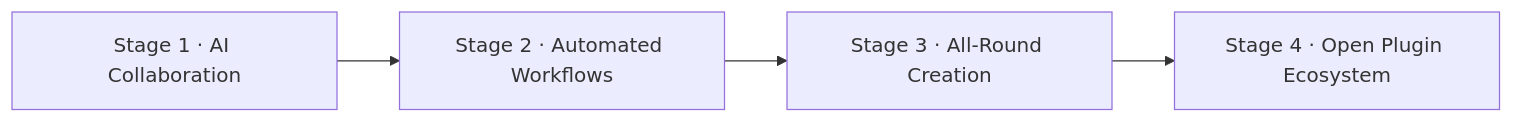
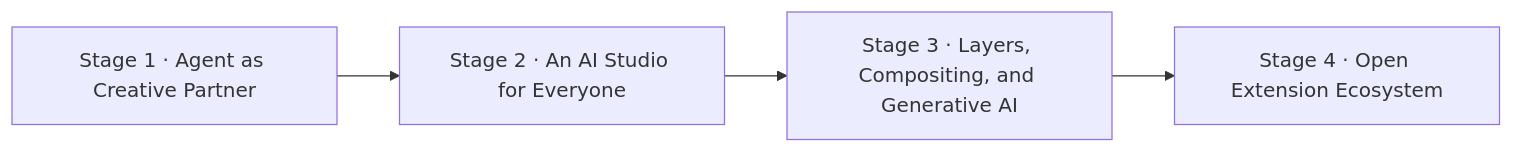
Before and after one commit to KpTanl/OpenPictureStudio: the diagram in open-docs/roadmap.en.md, drawn with Mermaid. The commit also changed other lines of this file and 5 other files, not shown here.

Commit message:
按新版路线图同步三语 README 与发展路线图：人和 AI Agent 共用的开放平台与四个新阶段

````diff
--- a/open-docs/roadmap.en.md
+++ b/open-docs/roadmap.en.md
@@ -24,6 +28,6 @@
 ```mermaid
 flowchart LR
-    S1["Stage 1 · AI Collaboration"] --> S2["Stage 2 · Automated Workflows"]
-    S2 --> S3["Stage 3 · All-Round Creation"]
-    S3 --> S4["Stage 4 · Open Plugin Ecosystem"]
+    S1["Stage 1 · Agent as Creative Partner"] --> S2["Stage 2 · An AI Studio for Everyone"]
+    S2 --> S3["Stage 3 · Layers, Compositing, and Generative AI"]
+    S3 --> S4["Stage 4 · Open Extension Ecosystem"]
 ```
````
